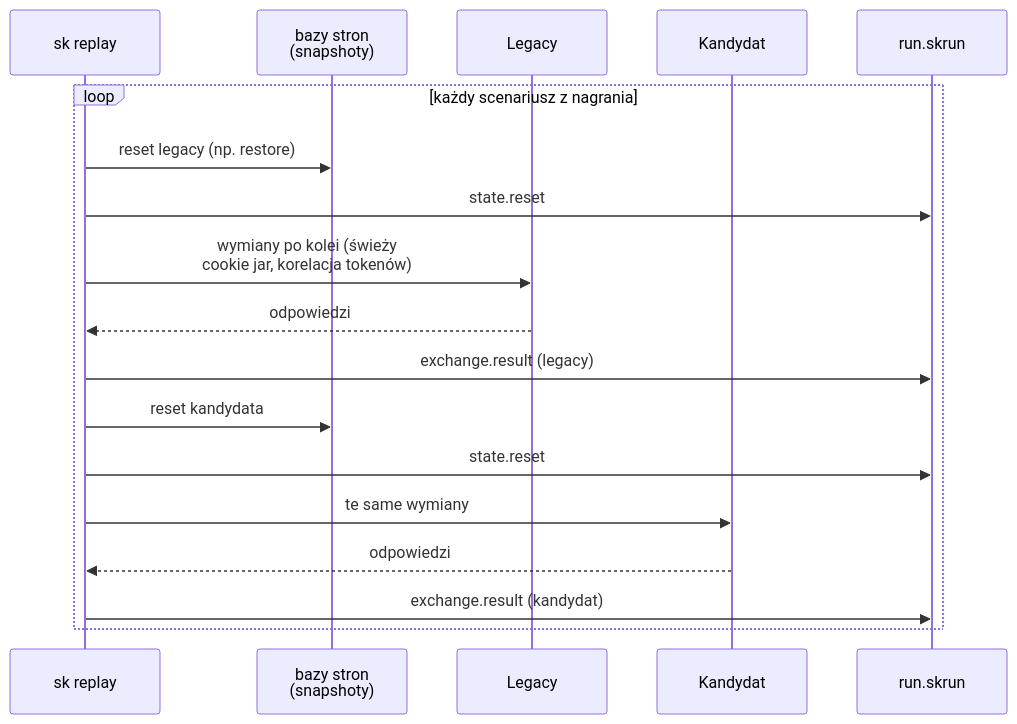
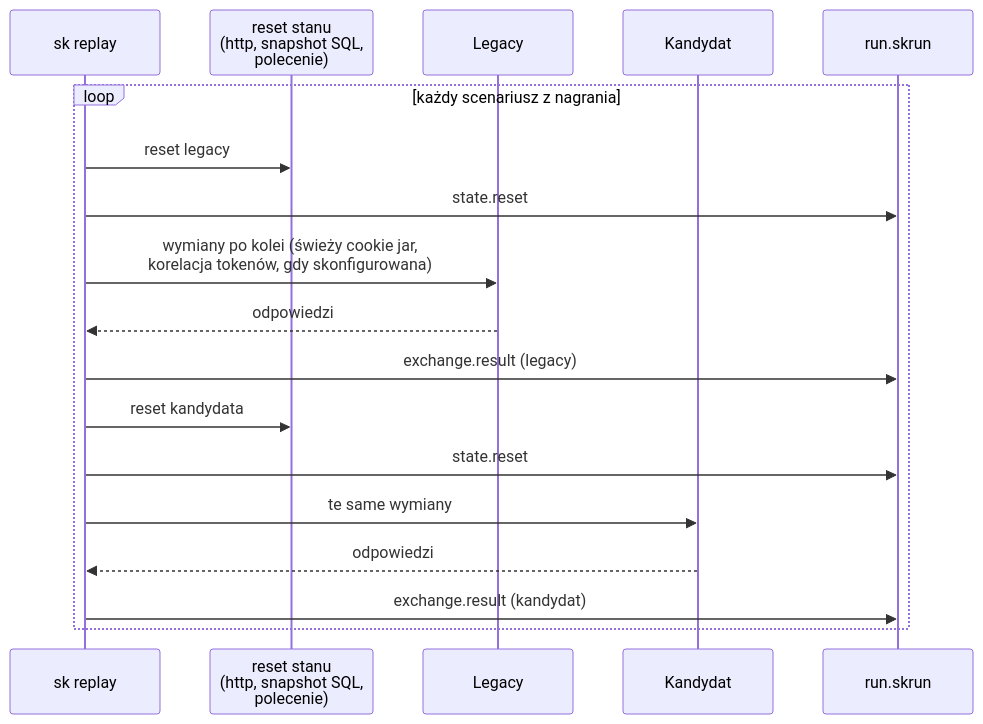
The diagram in docs/diagrams/a4-sekwencja-replay.mmd (konradcinkusz/letsgolegacy.secondkey), drawn with Mermaid before and after one commit. The commit also changed 4 other files, not shown here.

```diff
--- a/docs/diagrams/a4-sekwencja-replay.mmd
+++ b/docs/diagrams/a4-sekwencja-replay.mmd
@@ -1,18 +1,18 @@
 sequenceDiagram
   participant R as sk replay
-  participant D as bazy stron<br/>(snapshoty)
+  participant D as reset stanu<br/>(http, snapshot SQL,<br/>polecenie)
   participant L as Legacy
   participant C as Kandydat
   participant F as run.skrun
   loop każdy scenariusz z nagrania
-    R->>D: reset legacy (np. restore)
+    R->>D: reset legacy
     R->>F: state.reset
-    R->>L: wymiany po kolei (świeży<br/>cookie jar, korelacja tokenów)
+    R->>L: wymiany po kolei (świeży cookie jar,<br/>korelacja tokenów, gdy skonfigurowana)
     L-->>R: odpowiedzi
     R->>F: exchange.result (legacy)
     R->>D: reset kandydata
     R->>F: state.reset
     R->>C: te same wymiany
     C-->>R: odpowiedzi
     R->>F: exchange.result (kandydat)
   end
```
